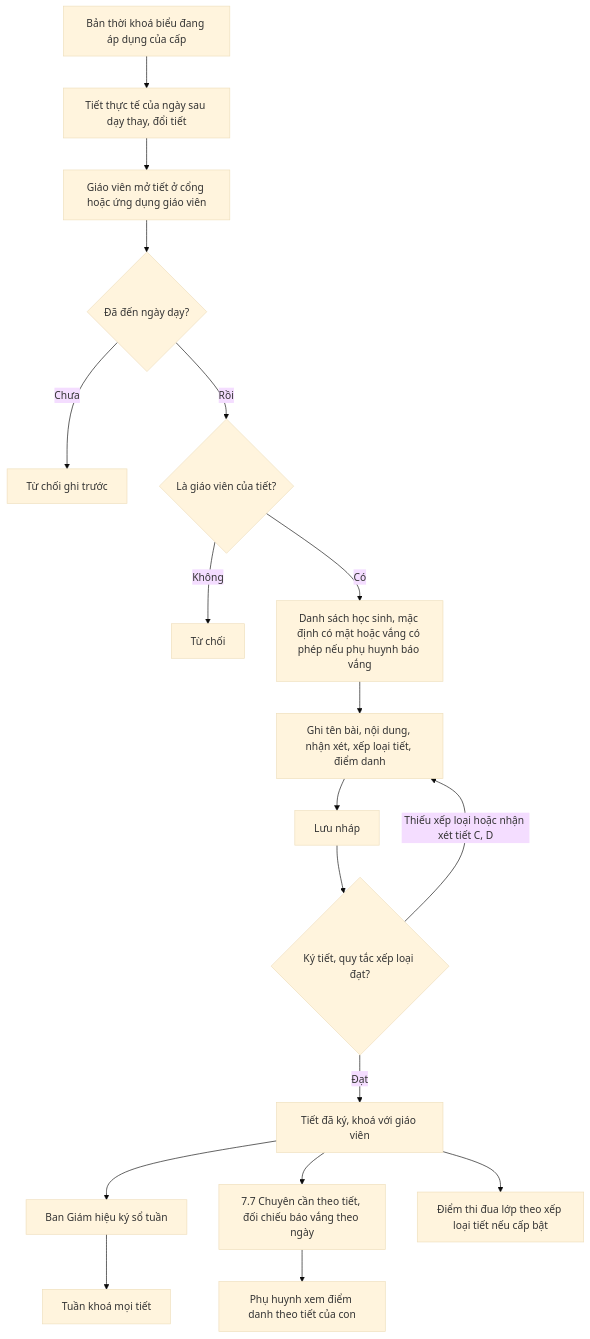
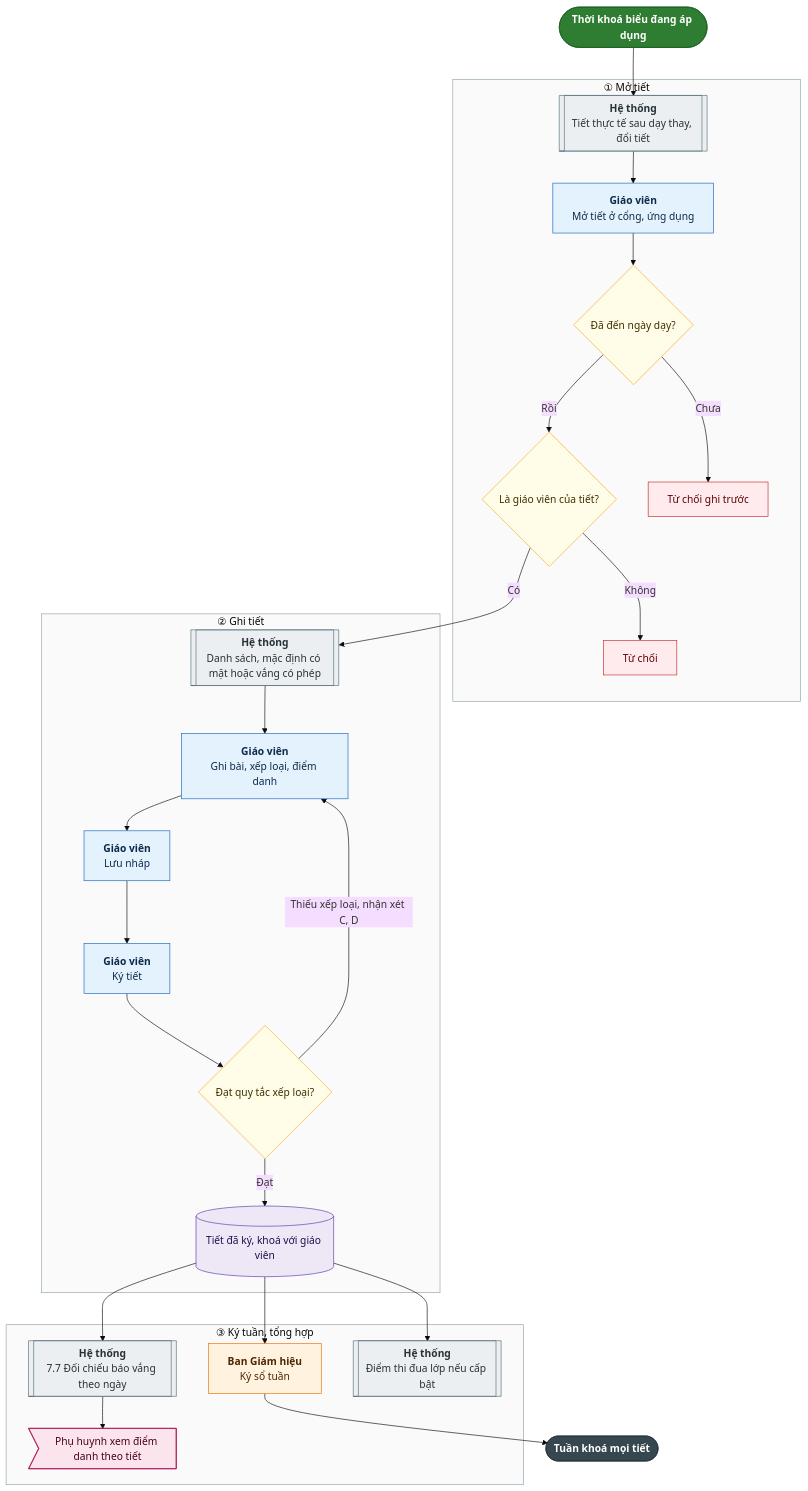
One commit to luckyshopvn/school_management changed the fifth of 17 diagrams in tai_lieu/34_TONG_HOP_CHUC_NANG_HE_THONG/03_DAY_HOC_VA_KIEM_TRA_DANH_GIA.md. Above: the diagram before and after it, drawn with Mermaid (base theme). The commit also changed other lines of this file and 8 other files, not shown here.

````diff
--- a/tai_lieu/34_TONG_HOP_CHUC_NANG_HE_THONG/03_DAY_HOC_VA_KIEM_TRA_DANH_GIA.md
+++ b/tai_lieu/34_TONG_HOP_CHUC_NANG_HE_THONG/03_DAY_HOC_VA_KIEM_TRA_DANH_GIA.md
@@ -405,20 +491,60 @@
 ```mermaid
 flowchart TD
-    A["Bản thời khoá biểu đang áp dụng của cấp"] --> B["Tiết thực tế của ngày sau dạy thay, đổi tiết"]
-    B --> C["Giáo viên mở tiết ở cổng hoặc ứng dụng giáo viên"]
-    C --> D{"Đã đến ngày dạy?"}
-    D -->|"Chưa"| X1["Từ chối ghi trước"]
-    D -->|"Rồi"| E{"Là giáo viên của tiết?"}
-    E -->|"Không"| X2["Từ chối"]
-    E -->|"Có"| F["Danh sách học sinh, mặc định có mặt hoặc vắng có phép nếu phụ huynh báo vắng"]
-    F --> G["Ghi tên bài, nội dung, nhận xét, xếp loại tiết, điểm danh"]
-    G --> H["Lưu nháp"]
-    H --> I{"Ký tiết, quy tắc xếp loại đạt?"}
-    I -->|"Thiếu xếp loại hoặc nhận xét tiết C, D"| G
-    I -->|"Đạt"| J["Tiết đã ký, khoá với giáo viên"]
-    J --> K["Ban Giám hiệu ký sổ tuần"]
-    K --> L["Tuần khoá mọi tiết"]
-    J --> M["7.7 Chuyên cần theo tiết, đối chiếu báo vắng theo ngày"]
-    J --> N["Điểm thi đua lớp theo xếp loại tiết nếu cấp bật"]
-    M --> O["Phụ huynh xem điểm danh theo tiết của con"]
+  classDef batdau fill:#2e7d32,stroke:#1b5e20,color:#ffffff,font-weight:bold
+  classDef ketthuc fill:#37474f,stroke:#263238,color:#ffffff,font-weight:bold
+  classDef nguoi fill:#e3f2fd,stroke:#1565c0,color:#0d2a4a
+  classDef heth fill:#eceff1,stroke:#546e7a,color:#263238
+  classDef duyet fill:#fff3e0,stroke:#ef6c00,color:#4e2600
+  classDef hoi fill:#fffde7,stroke:#f9a825,color:#3e2f00
+  classDef bao fill:#fce4ec,stroke:#ad1457,color:#4a0020
+  classDef chan fill:#ffebee,stroke:#c62828,color:#5f0000
+  classDef dulieu fill:#ede7f6,stroke:#5e35b1,color:#1f0f4d
+
+  S(["Thời khoá biểu đang áp dụng"]):::batdau
+
+  subgraph P1["① Mở tiết"]
+    A1[["<b>Hệ thống</b><br/>Tiết thực tế sau dạy thay, đổi tiết"]]:::heth
+    A2["<b>Giáo viên</b><br/>Mở tiết ở cổng, ứng dụng"]:::nguoi
+    A3{"Đã đến ngày dạy?"}:::hoi
+    A4{"Là giáo viên của tiết?"}:::hoi
+    X1["Từ chối ghi trước"]:::chan
+    X2["Từ chối"]:::chan
+    A1 --> A2 --> A3
+    A3 -->|"Chưa"| X1
+    A3 -->|"Rồi"| A4
+    A4 -->|"Không"| X2
+  end
+
+  subgraph P2["② Ghi tiết"]
+    B1[["<b>Hệ thống</b><br/>Danh sách, mặc định có mặt hoặc vắng có phép"]]:::heth
+    B2["<b>Giáo viên</b><br/>Ghi bài, xếp loại, điểm danh"]:::nguoi
+    B3["<b>Giáo viên</b><br/>Lưu nháp"]:::nguoi
+    B4["<b>Giáo viên</b><br/>Ký tiết"]:::nguoi
+    B5{"Đạt quy tắc xếp loại?"}:::hoi
+    B6[("Tiết đã ký, khoá với giáo viên")]:::dulieu
+    B1 --> B2 --> B3 --> B4 --> B5
+    B5 -->|"Thiếu xếp loại, nhận xét C, D"| B2
+    B5 -->|"Đạt"| B6
+  end
+
+  subgraph P3["③ Ký tuần, tổng hợp"]
+    C1["<b>Ban Giám hiệu</b><br/>Ký sổ tuần"]:::duyet
+    C2[["<b>Hệ thống</b><br/>7.7 Đối chiếu báo vắng theo ngày"]]:::heth
+    C3[["<b>Hệ thống</b><br/>Điểm thi đua lớp nếu cấp bật"]]:::heth
+    C4>"Phụ huynh xem điểm danh theo tiết"]:::bao
+    C2 --> C4
+  end
+
+  K(["Tuần khoá mọi tiết"]):::ketthuc
+
+  S --> A1
+  A4 -->|"Có"| B1
+  B6 --> C1
+  B6 --> C2
+  B6 --> C3
+  C1 --> K
+
+  style P1 fill:#fafafa,stroke:#90a4ae
+  style P2 fill:#fafafa,stroke:#90a4ae
+  style P3 fill:#fafafa,stroke:#90a4ae
 ```
````
